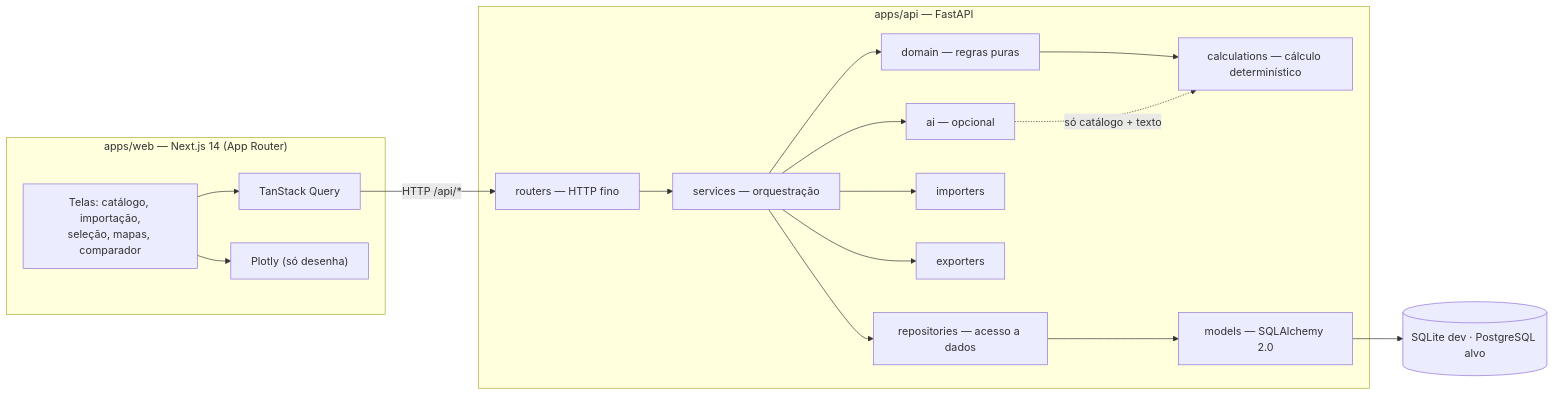
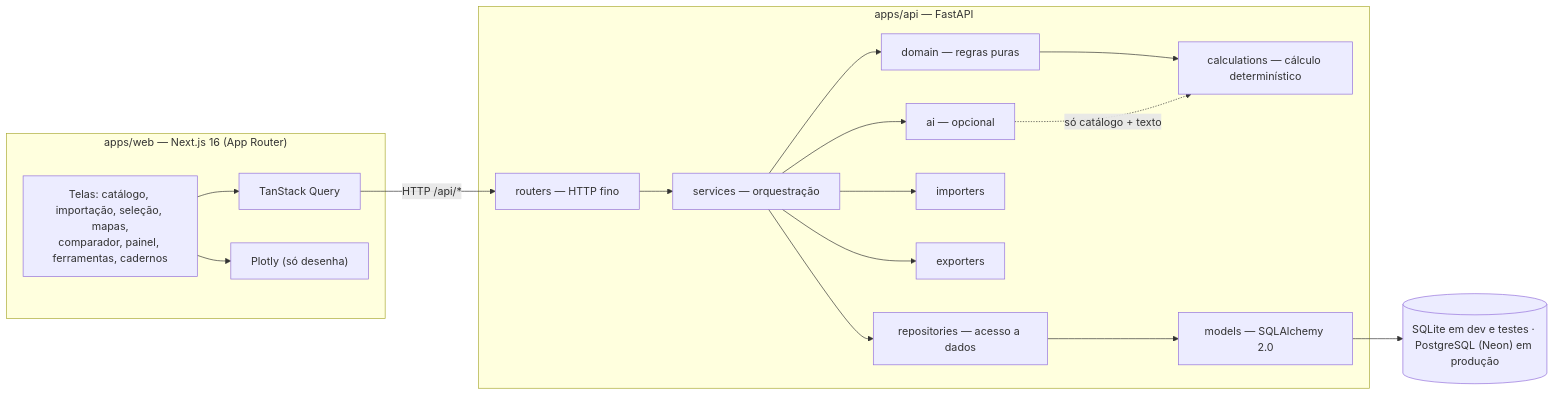
Before and after one commit to Streeft/MaterialSelect-AI: the first of 8 diagrams in docs/ARCHITECTURE.md, drawn with Mermaid. The commit also changed other lines of this file and 3 other files, not shown here.

First line of the commit message:
docs: corrige contagens e arquitetura desatualizadas (README, ARCHITECTURE, PROJECT_CONTEXT, docs/15)

````diff
--- a/docs/ARCHITECTURE.md
+++ b/docs/ARCHITECTURE.md
@@ -13,33 +13,33 @@
 ```mermaid
 flowchart LR
-  subgraph Web["apps/web — Next.js 14 (App Router)"]
-    UI["Telas: catálogo, importação,<br/>seleção, mapas, comparador"]
+  subgraph Web["apps/web — Next.js 16 (App Router)"]
+    UI["Telas: catálogo, importação, seleção, mapas,<br/>comparador, painel, ferramentas, cadernos"]
     Q["TanStack Query"]
     Plot["Plotly (só desenha)"]
     UI --> Q
     UI --> Plot
   end
 
   subgraph API["apps/api — FastAPI"]
     R["routers — HTTP fino"]
     S["services — orquestração"]
     Repo["repositories — acesso a dados"]
     Dom["domain — regras puras"]
     Calc["calculations — cálculo determinístico"]
     Imp["importers"]
     Exp["exporters"]
     AI["ai — opcional"]
     M["models — SQLAlchemy 2.0"]
     R --> S --> Repo --> M
     S --> Dom
     S --> Imp
     S --> Exp
     S --> AI
     Dom --> Calc
     AI -. "só catálogo + texto" .-> Calc
   end
 
-  DB[("SQLite dev · PostgreSQL alvo")]
+  DB[("SQLite em dev e testes · PostgreSQL (Neon) em produção")]
   Q -- "HTTP /api/*" --> R
   M --> DB
 ```
````
